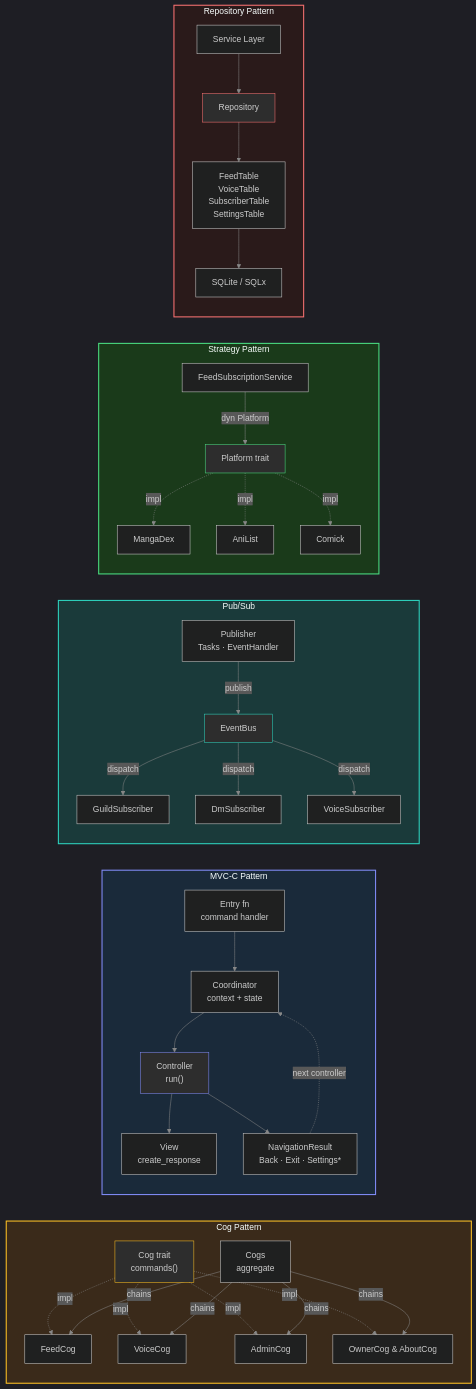
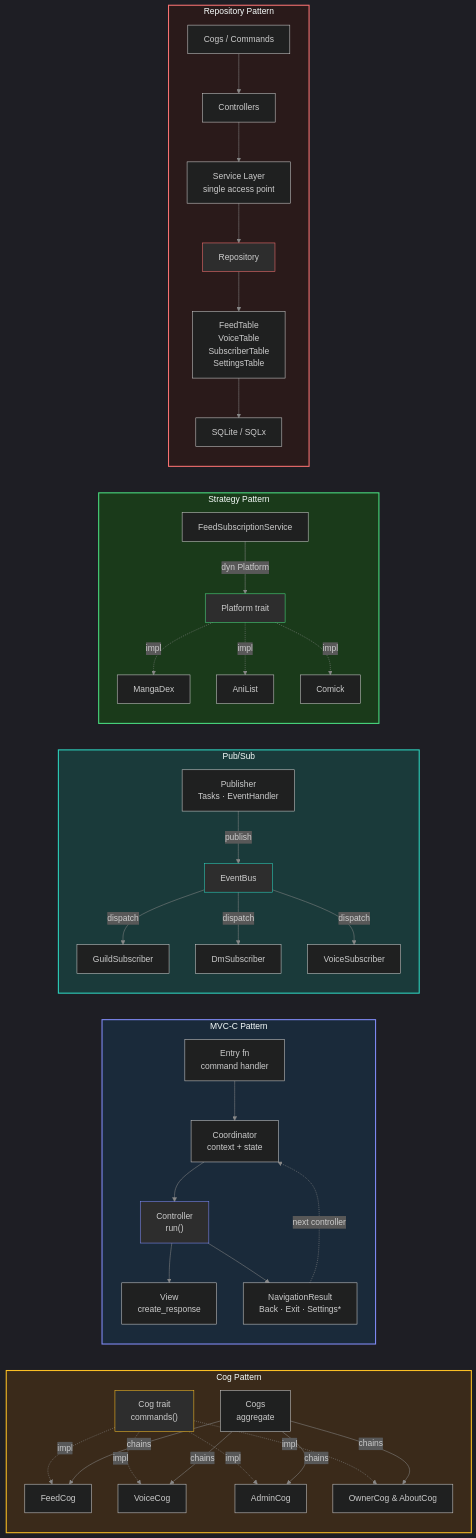
Before and after one commit to FAZuH/pwr-bot: the diagram in docs/diagrams/architecture-patterns.mmd, drawn with Mermaid. The commit also changed 9 other files, not shown here.

```diff
--- a/docs/diagrams/architecture-patterns.mmd
+++ b/docs/diagrams/architecture-patterns.mmd
@@ -1,79 +1,81 @@
 %%{init: {
   'theme': 'dark',
   'themeVariables': {
     'primaryColor': '#1e1e1e',
     'primaryTextColor': '#ffffff',
     'primaryBorderColor': '#ffffff',
     'lineColor': '#888888',
     'secondaryColor': '#2d2d2d',
     'tertiaryColor': '#1e1e1e'
   }
 }}%%
 graph LR
     subgraph CogPattern["Cog Pattern"]
         direction TB
         CogTrait["Cog trait<br/>commands()"]
         Cogs2["Cogs<br/>aggregate"]
         FC["FeedCog"]
         VC["VoiceCog"]
         AC["AdminCog"]
         OC["OwnerCog & AboutCog"]
         CogTrait -.->|impl| FC & VC & AC & OC
         Cogs2 -->|chains| FC & VC & AC & OC
     end
 
     subgraph MVCC["MVC-C Pattern"]
         direction TB
         Entry["Entry fn<br/>command handler"]
         Coord["Coordinator<br/>context + state"]
         Ctrl["Controller<br/>run()"]
         View2["View<br/>create_response"]
         Nav["NavigationResult<br/>Back · Exit · Settings*"]
         Entry --> Coord --> Ctrl
         Ctrl --> View2
         Ctrl --> Nav
         Nav -.->|next controller| Coord
     end
 
     subgraph PubSub2["Pub/Sub"]
         direction TB
         Pub["Publisher<br/>Tasks · EventHandler"]
         Bus["EventBus"]
         S1["GuildSubscriber"]
         S2["DmSubscriber"]
         S3["VoiceSubscriber"]
         Pub -->|publish| Bus
         Bus -->|dispatch| S1 & S2 & S3
     end
 
     subgraph Strategy["Strategy Pattern"]
         direction TB
         Svc["FeedSubscriptionService"]
         PT["Platform trait"]
         MD["MangaDex"]
         AL["AniList"]
         CK["Comick"]
         Svc -->|dyn Platform| PT
         PT -.->|impl| MD & AL & CK
     end
 
     subgraph RepoPat["Repository Pattern"]
         direction TB
-        ServiceLayer["Service Layer"]
+        Cogs["Cogs / Commands"]
+        Controllers["Controllers"]
+        ServiceLayer["Service Layer<br/>single access point"]
         RepTrait["Repository"]
         Tables["FeedTable<br/>VoiceTable<br/>SubscriberTable<br/>SettingsTable"]
         DB["SQLite / SQLx"]
-        ServiceLayer --> RepTrait --> Tables --> DB
+        Cogs --> Controllers --> ServiceLayer --> RepTrait --> Tables --> DB
     end
 
     style CogPattern fill:#3a2a1a,stroke:#fbbf24,stroke-width:2px
     style MVCC fill:#1a2a3a,stroke:#818cf8,stroke-width:2px
     style PubSub2 fill:#1a3a3a,stroke:#2dd4bf,stroke-width:2px
     style Strategy fill:#1a3a1a,stroke:#4ade80,stroke-width:2px
     style RepoPat fill:#2a1a1a,stroke:#f87171,stroke-width:2px
 
     style Bus fill:#2d2d2d,stroke:#2dd4bf
     style PT fill:#2d2d2d,stroke:#4ade80
     style RepTrait fill:#2d2d2d,stroke:#f87171
     style Ctrl fill:#2d2d2d,stroke:#818cf8
     style CogTrait fill:#2d2d2d,stroke:#fbbf24
```
